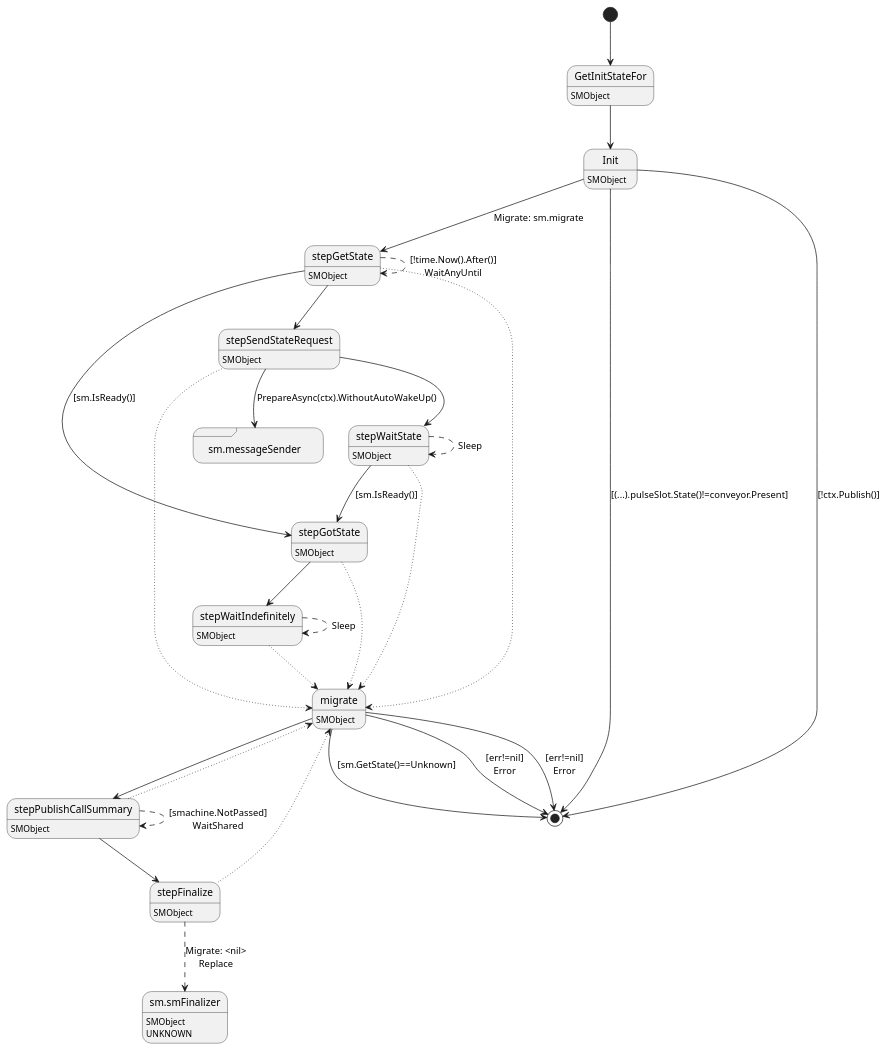
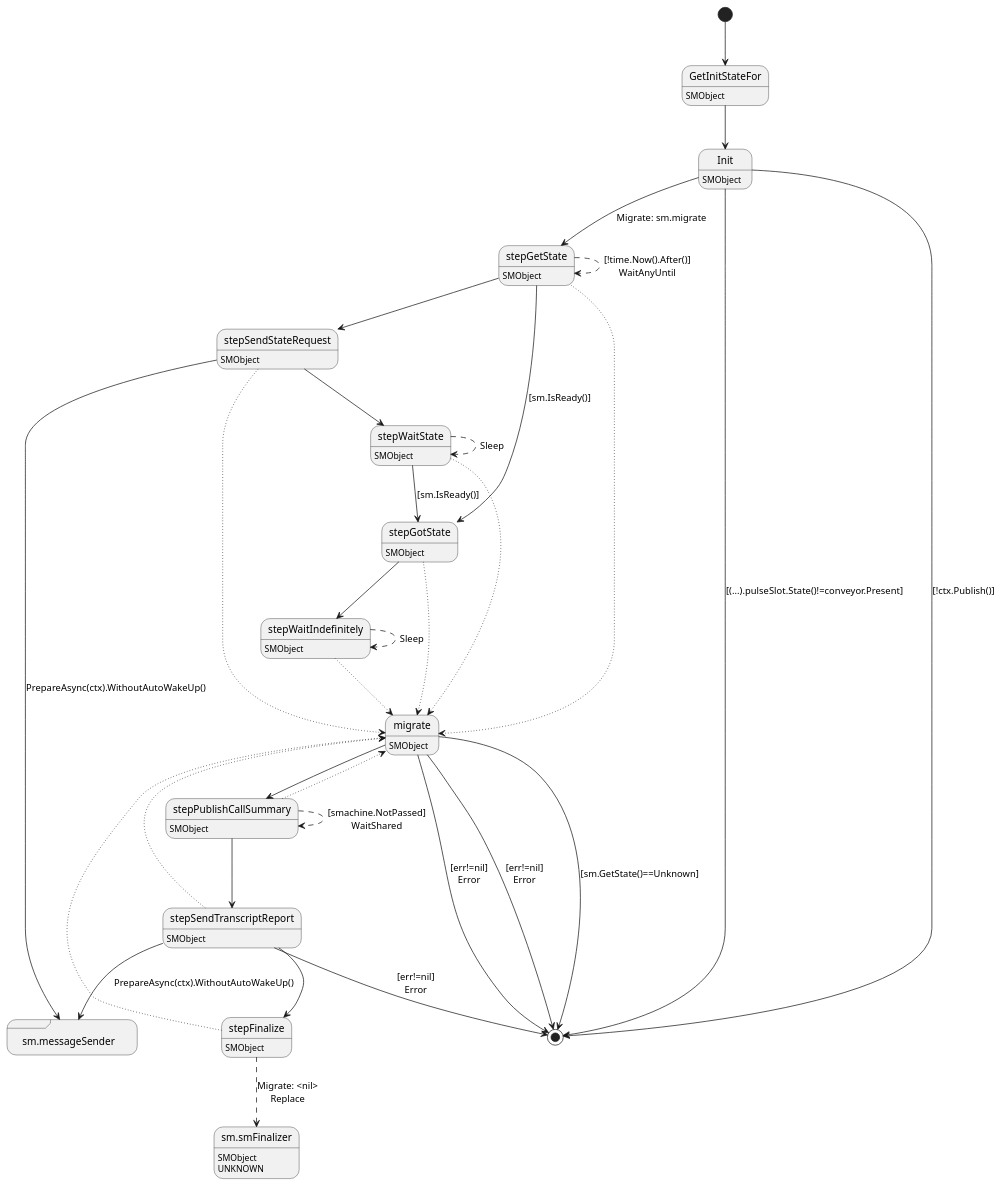
One commit to insolar/assured-ledger changed the diagram in ledger-core/virtual/object/object.plantuml. Above: the diagram before and after it, drawn with PlantUML. The commit also changed 1 other file, not shown here.

```diff
--- a/ledger-core/virtual/object/object.plantuml
+++ b/ledger-core/virtual/object/object.plantuml
@@ -1,54 +1,61 @@
 @startuml
 state "GetInitStateFor" as T00_S001
 T00_S001 : SMObject
 [*] --> T00_S001
 T00_S001 --> T00_S002
 state "Init" as T00_S002
 T00_S002 : SMObject
 T00_S002 --> [*] : [(...).pulseSlot.State()!=conveyor.Present]
 T00_S002 --> [*] : [!ctx.Publish()]
 T00_S002 --> T00_S005 : Migrate: sm.migrate
 state "migrate" as T00_S009
 T00_S009 : SMObject
 T00_S009 --> [*] : [sm.GetState()==Unknown]
 T00_S009 --> [*] : [err!=nil]\nError
 T00_S009 --> [*] : [err!=nil]\nError
 T00_S009 --> T00_S010
 state "sm.messageSender" as T00_S004 <<sdlreceive>>
-state "stepFinalize" as T00_S011
-T00_S011 : SMObject
-T00_S011 --[dotted]> T00_S009
+T00_S004 : DUPLICATE
+state "stepFinalize" as T00_S012
+T00_S012 : SMObject
+T00_S012 --[dotted]> T00_S009
 state "sm.smFinalizer" as T00_U001
 T00_U001 : SMObject
 T00_U001 : UNKNOWN 
-T00_S011 --[dashed]> T00_U001 : Migrate: <nil>\nReplace
+T00_S012 --[dashed]> T00_U001 : Migrate: <nil>\nReplace
 state "stepGetState" as T00_S005
 T00_S005 : SMObject
 T00_S005 --[dotted]> T00_S009
 T00_S005 --> T00_S007 : [sm.IsReady()]
 T00_S005 --[dashed]> T00_S005 : [!time.Now().After()]\nWaitAnyUntil
 T00_S005 --> T00_S003
 state "stepGotState" as T00_S007
 T00_S007 : SMObject
 T00_S007 --[dotted]> T00_S009
 T00_S007 --> T00_S008
 state "stepPublishCallSummary" as T00_S010
 T00_S010 : SMObject
 T00_S010 --[dotted]> T00_S009
 T00_S010 --[dashed]> T00_S010 : [smachine.NotPassed]\nWaitShared
 T00_S010 --> T00_S011
 state "stepSendStateRequest" as T00_S003
 T00_S003 : SMObject
 T00_S003 --[dotted]> T00_S009
 T00_S003 --> T00_S004 : PrepareAsync(ctx).WithoutAutoWakeUp()
 T00_S003 --> T00_S006
+state "stepSendTranscriptReport" as T00_S011
+T00_S011 : SMObject
+T00_S011 --[dotted]> T00_S009
+T00_S011 --> [*] : [err!=nil]\nError
+T00_S011 --> T00_S004 : PrepareAsync(ctx).WithoutAutoWakeUp()
+T00_S011 --> T00_S012
 state "stepWaitIndefinitely" as T00_S008
 T00_S008 : SMObject
 T00_S008 --[dotted]> T00_S009
 T00_S008 --[dashed]> T00_S008 : Sleep
 state "stepWaitState" as T00_S006
 T00_S006 : SMObject
 T00_S006 --[dotted]> T00_S009
 T00_S006 --> T00_S007 : [sm.IsReady()]
 T00_S006 --[dashed]> T00_S006 : Sleep
 @enduml
```
